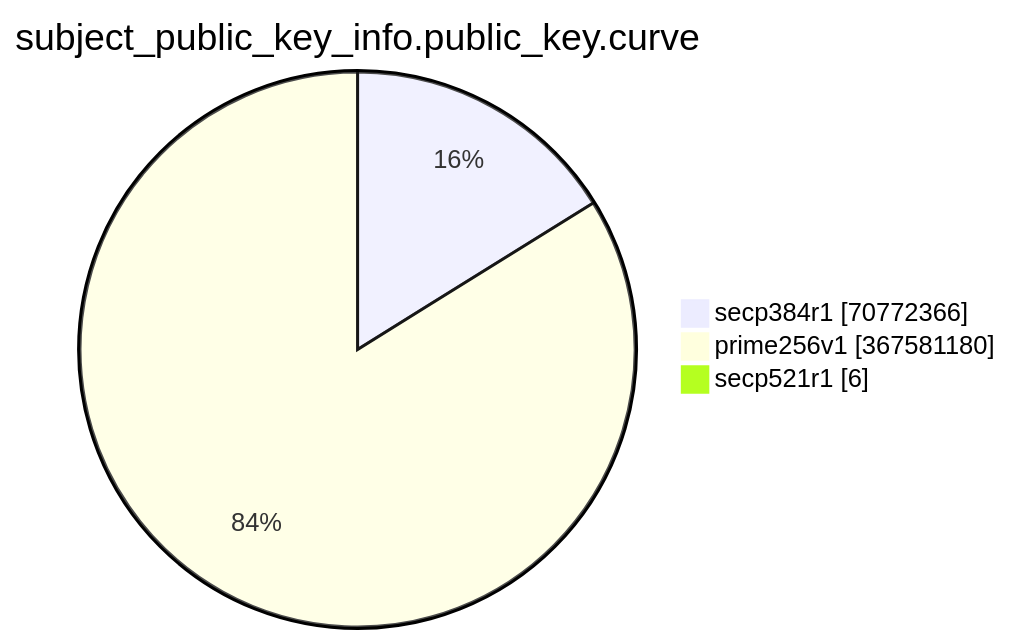
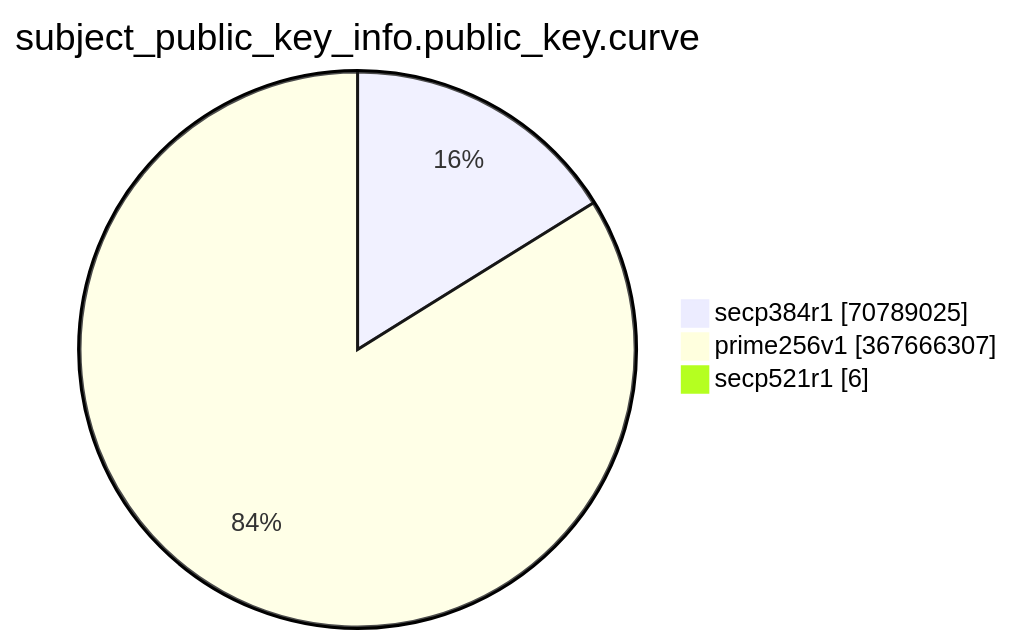
The eighth of 15 diagrams in TOTAL/README.md (christiankrug/ctmonitor_visualization), drawn with Mermaid before and after one commit. The commit also changed other lines of this file, not shown here.

````diff
--- a/TOTAL/README.md
+++ b/TOTAL/README.md
@@ -3094,7 +3094,7 @@
 ```mermaid
 pie showData
 title subject_public_key_info.public_key.curve
-"secp384r1" :70772366
-"prime256v1" :367581180
+"secp384r1" :70789025
+"prime256v1" :367666307
 "secp521r1" :6
 ```
````
